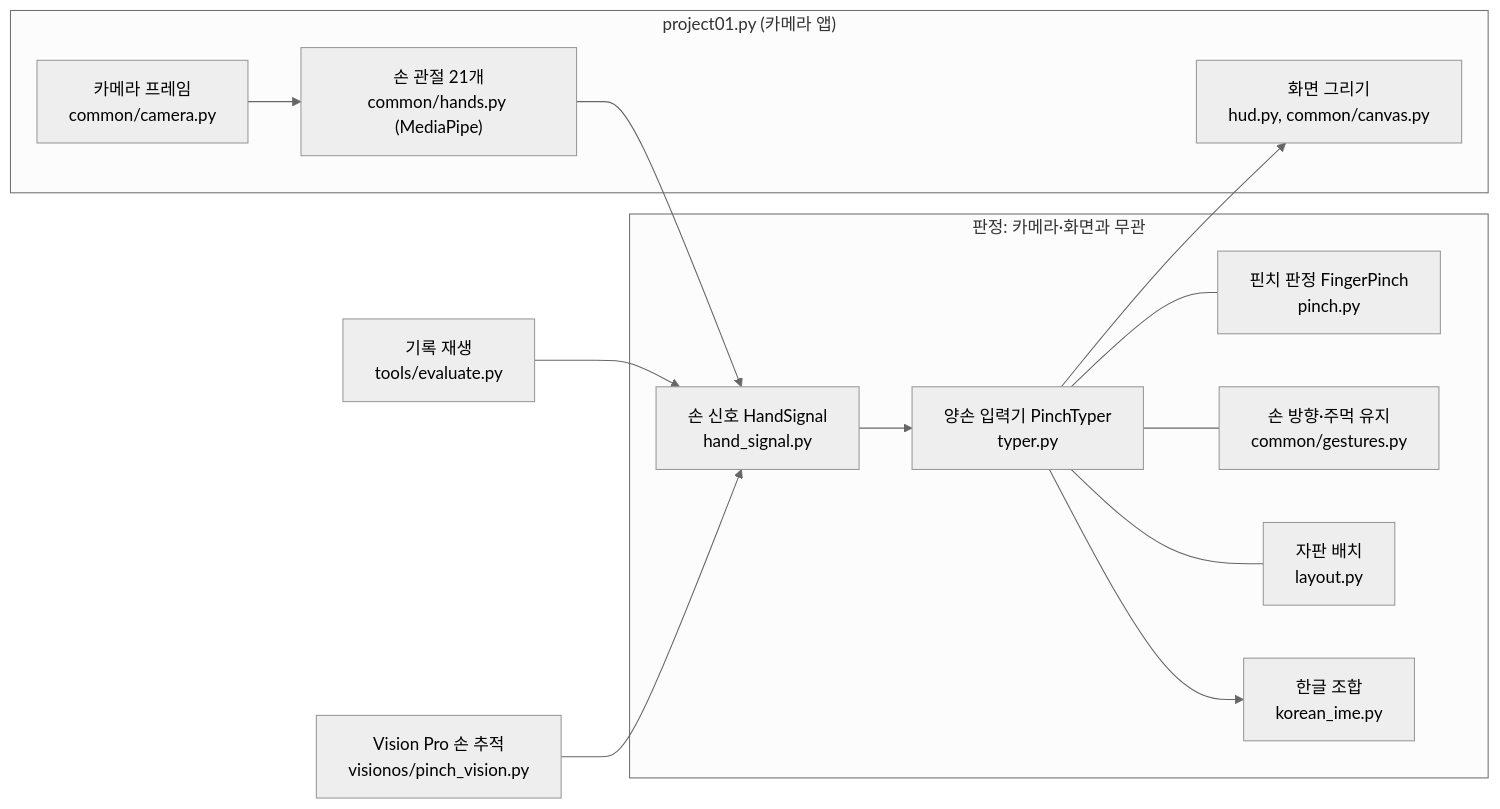
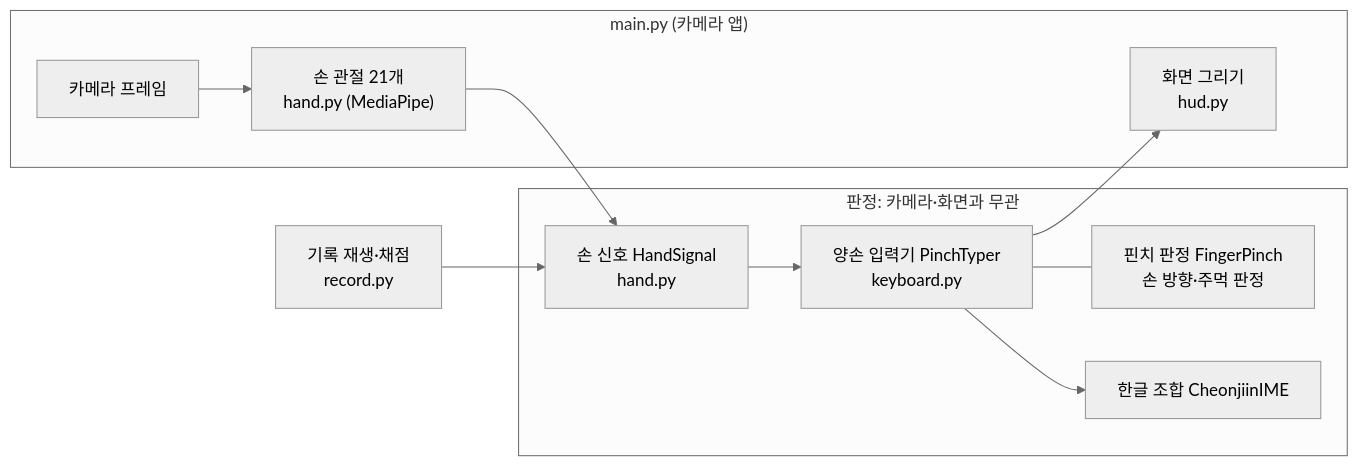
Before and after one commit to Nedian0Brien/OndeviceAI_Lecture: the first of 2 diagrams in Project01/README.md, drawn with Mermaid (neutral theme). The commit also changed other lines of this file and 4 other files, not shown here.

````diff
--- a/Project01/README.md
+++ b/Project01/README.md
@@ -52,18 +36,15 @@
 ```mermaid
 flowchart LR
-    subgraph APP["project01.py (카메라 앱)"]
-        CAM["카메라 프레임<br/>common/camera.py"] --> DET["손 관절 21개<br/>common/hands.py (MediaPipe)"]
-        HUD["화면 그리기<br/>hud.py, common/canvas.py"]
+    subgraph APP["main.py (카메라 앱)"]
+        CAM["카메라 프레임"] --> DET["손 관절 21개<br/>hand.py (MediaPipe)"]
+        HUD["화면 그리기<br/>hud.py"]
     end
     subgraph CORE["판정: 카메라·화면과 무관"]
-        SIG["손 신호 HandSignal<br/>hand_signal.py"] --> TYP["양손 입력기 PinchTyper<br/>typer.py"]
-        TYP --- PIN["핀치 판정 FingerPinch<br/>pinch.py"]
-        TYP --- GES["손 방향·주먹 유지<br/>common/gestures.py"]
-        TYP --- LAY["자판 배치<br/>layout.py"]
-        TYP --> IME["한글 조합<br/>korean_ime.py"]
+        SIG["손 신호 HandSignal<br/>hand.py"] --> TYP["양손 입력기 PinchTyper<br/>keyboard.py"]
+        TYP --- PIN["핀치 판정 FingerPinch<br/>손 방향·주먹 판정"]
+        TYP --> IME["한글 조합 CheonjiinIME"]
     end
     DET --> SIG
     TYP --> HUD
-    LOG["기록 재생<br/>tools/evaluate.py"] --> SIG
-    VP["Vision Pro 손 추적<br/>visionos/pinch_vision.py"] --> SIG
+    LOG["기록 재생·채점<br/>record.py"] --> SIG
 ```
````
